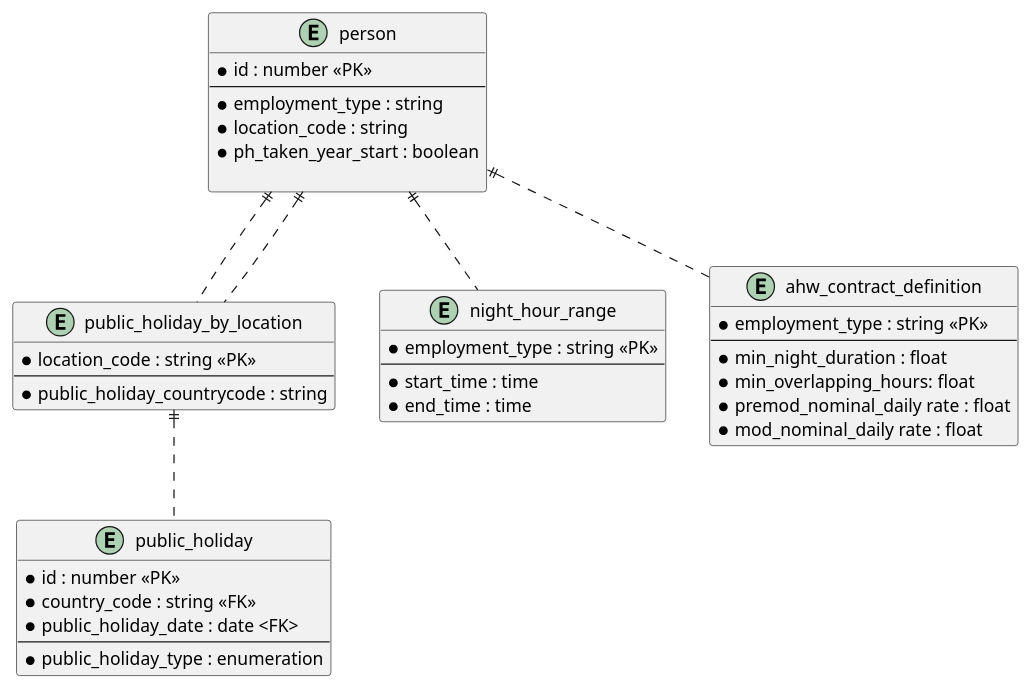
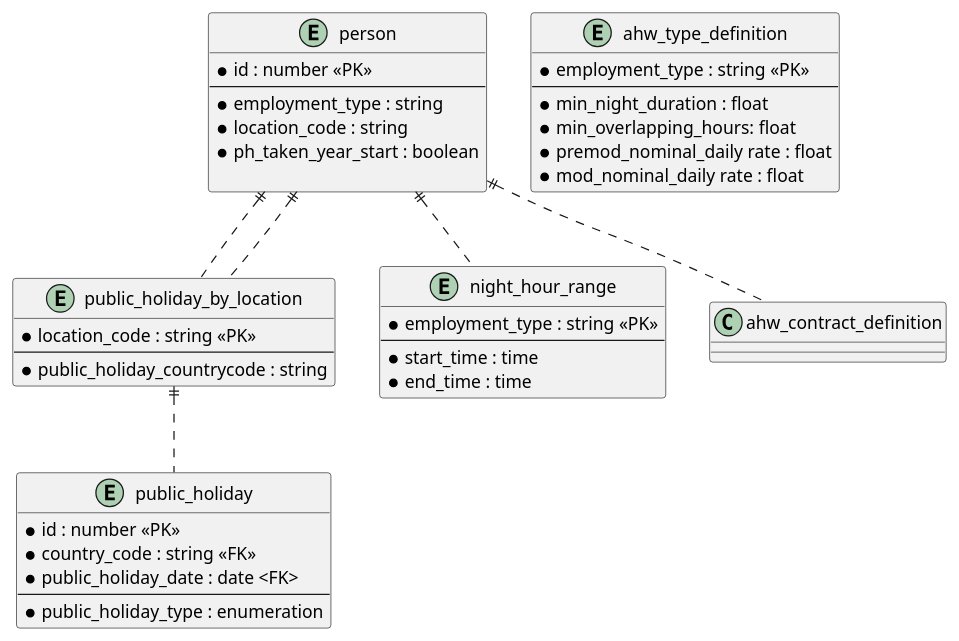
Before and after one commit to UKHomeOffice/callisto-accruals-restapi: the diagram in docs/storage-model-ref-external.puml, drawn with PlantUML. The commit also changed 1 other file, not shown here.

Commit message:
Add tolerance band definition

```diff
--- a/docs/storage-model-ref-external.puml
+++ b/docs/storage-model-ref-external.puml
@@ -1,51 +1,51 @@
 @startuml
 
 entity person {
   * id : number <<PK>>
   --
   * employment_type : string
   * location_code : string
   * ph_taken_year_start : boolean
   
 }
 
 entity public_holiday_by_location {
   * location_code : string <<PK>>
   --
   * public_holiday_countrycode : string
 }
 
 person ||.. public_holiday_by_location
 
 entity public_holiday {
   * id : number <<PK>>
   * country_code : string <<FK>>
   * public_holiday_date : date <FK>
   --
   * public_holiday_type : enumeration
 }
 
 person ||.. public_holiday_by_location
 public_holiday_by_location ||.. public_holiday
 
 entity night_hour_range {
   * employment_type : string <<PK>>
   --
   * start_time : time
   * end_time : time
 }
 
 person ||.. night_hour_range
 
-entity ahw_contract_definition {
+entity ahw_type_definition {
   * employment_type : string <<PK>>
   --
   * min_night_duration : float
   * min_overlapping_hours: float
   * premod_nominal_daily rate : float
   * mod_nominal_daily rate : float
 }
 
 person ||.. ahw_contract_definition
 
 @enduml
```
